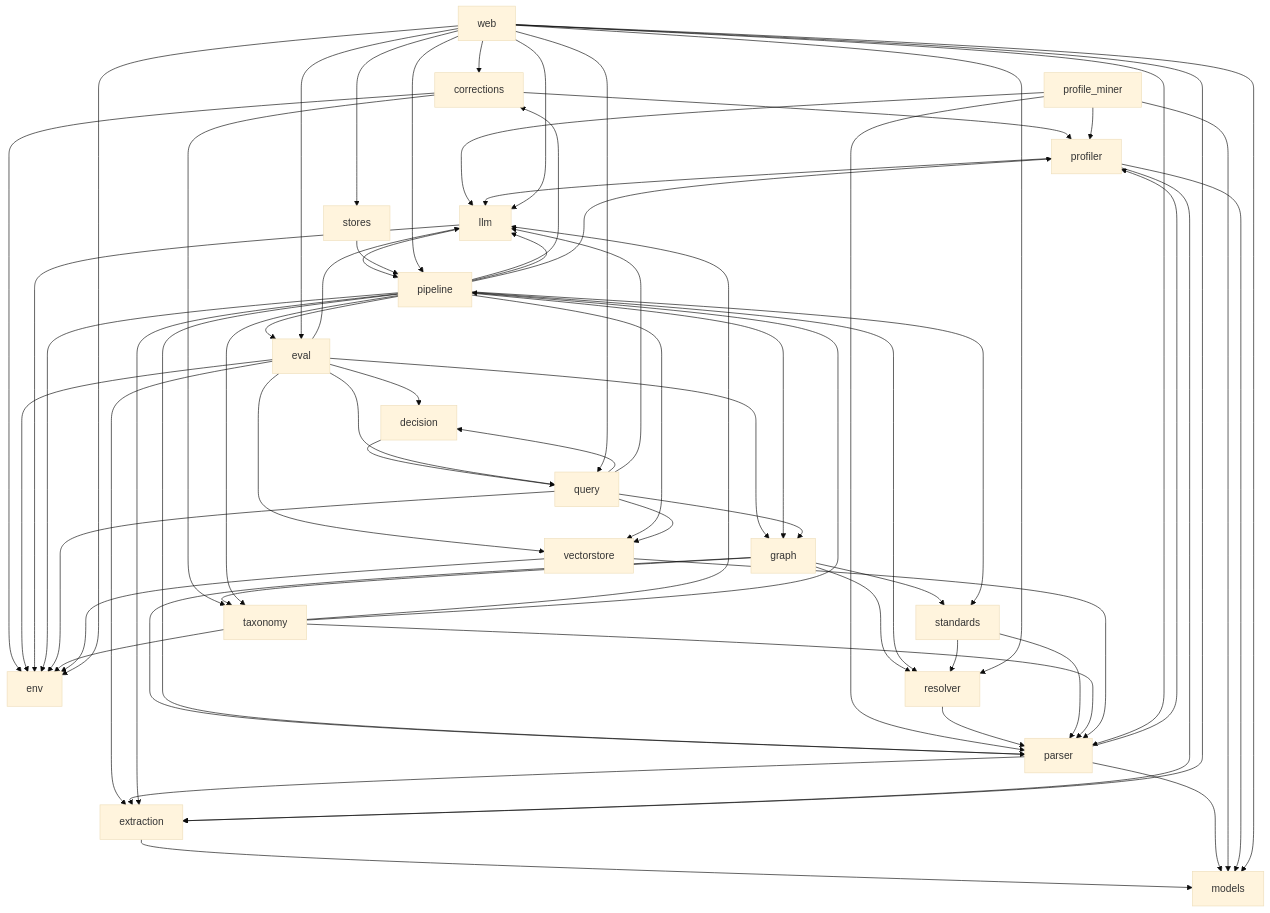
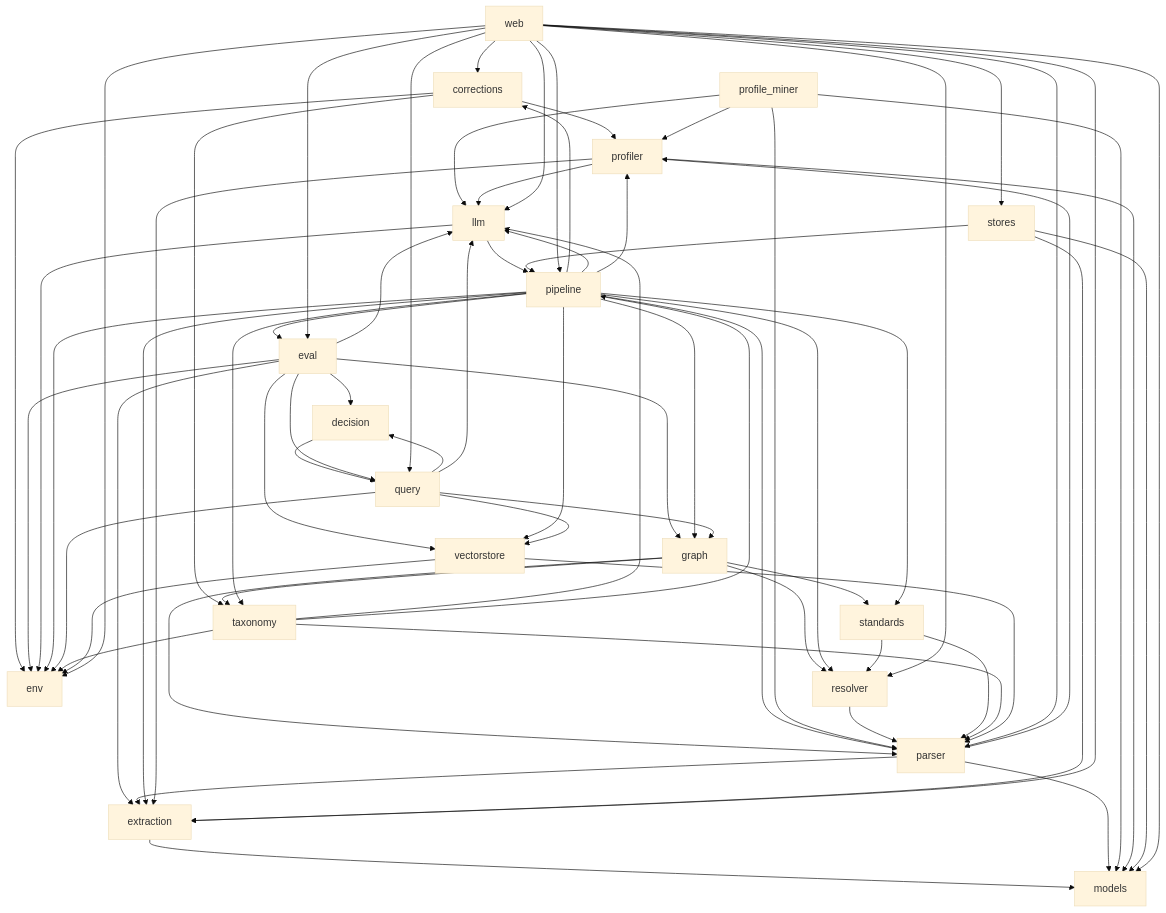
One commit to kurnoolion/nora changed the diagram in docs/compact/MAP.md. Above: the diagram before and after it, drawn with Mermaid (base theme). The commit also changed other lines of this file and 14 other files, not shown here.

```diff
--- a/docs/compact/MAP.md
+++ b/docs/compact/MAP.md
@@ -97,6 +97,8 @@
     m_resolver --> m_parser
     m_standards --> m_parser
     m_standards --> m_resolver
+    m_stores --> m_extraction
+    m_stores --> m_models
     m_stores --> m_pipeline
     m_taxonomy --> m_env
     m_taxonomy --> m_llm
```
